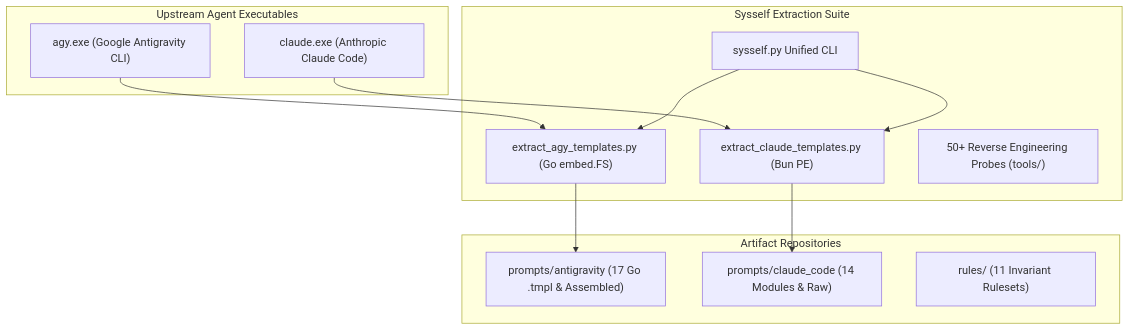
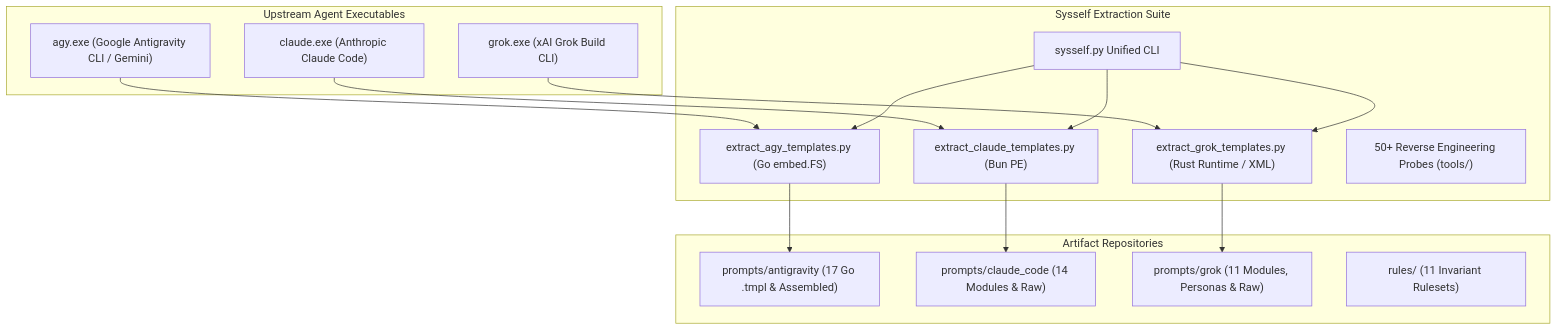
Before and after one commit to yuatemycat/Sysself: the diagram in README.md, drawn with Mermaid. The commit also changed other lines of this file and 31 other files, not shown here.

Commit message:
feat: add xAI Grok CLI system prompts, personas, and extractor

````diff
--- a/README.md
+++ b/README.md
@@ -9,27 +9,33 @@
 ```mermaid
 flowchart TD
     subgraph Binaries["Upstream Agent Executables"]
-        AGY["agy.exe (Google Antigravity CLI)"]
+        AGY["agy.exe (Google Antigravity CLI / Gemini)"]
         CLAUDE["claude.exe (Anthropic Claude Code)"]
+        GROK["grok.exe (xAI Grok Build CLI)"]
     end
 
     subgraph Extractors["Sysself Extraction Suite"]
         EXT_AGY["extract_agy_templates.py (Go embed.FS)"]
         EXT_CLAUDE["extract_claude_templates.py (Bun PE)"]
+        EXT_GROK["extract_grok_templates.py (Rust Runtime / XML)"]
         TOOLS["50+ Reverse Engineering Probes (tools/)"]
         CLI["sysself.py Unified CLI"]
     end
 
     subgraph Output["Artifact Repositories"]
         P_AGY["prompts/antigravity (17 Go .tmpl & Assembled)"]
         P_CLAUDE["prompts/claude_code (14 Modules & Raw)"]
+        P_GROK["prompts/grok (11 Modules, Personas & Raw)"]
         RULES["rules/ (11 Invariant Rulesets)"]
     end
 
     AGY --> EXT_AGY
     CLAUDE --> EXT_CLAUDE
+    GROK --> EXT_GROK
     EXT_AGY --> P_AGY
     EXT_CLAUDE --> P_CLAUDE
+    EXT_GROK --> P_GROK
     CLI --> EXT_AGY
     CLI --> EXT_CLAUDE
+    CLI --> EXT_GROK
 ```
````
